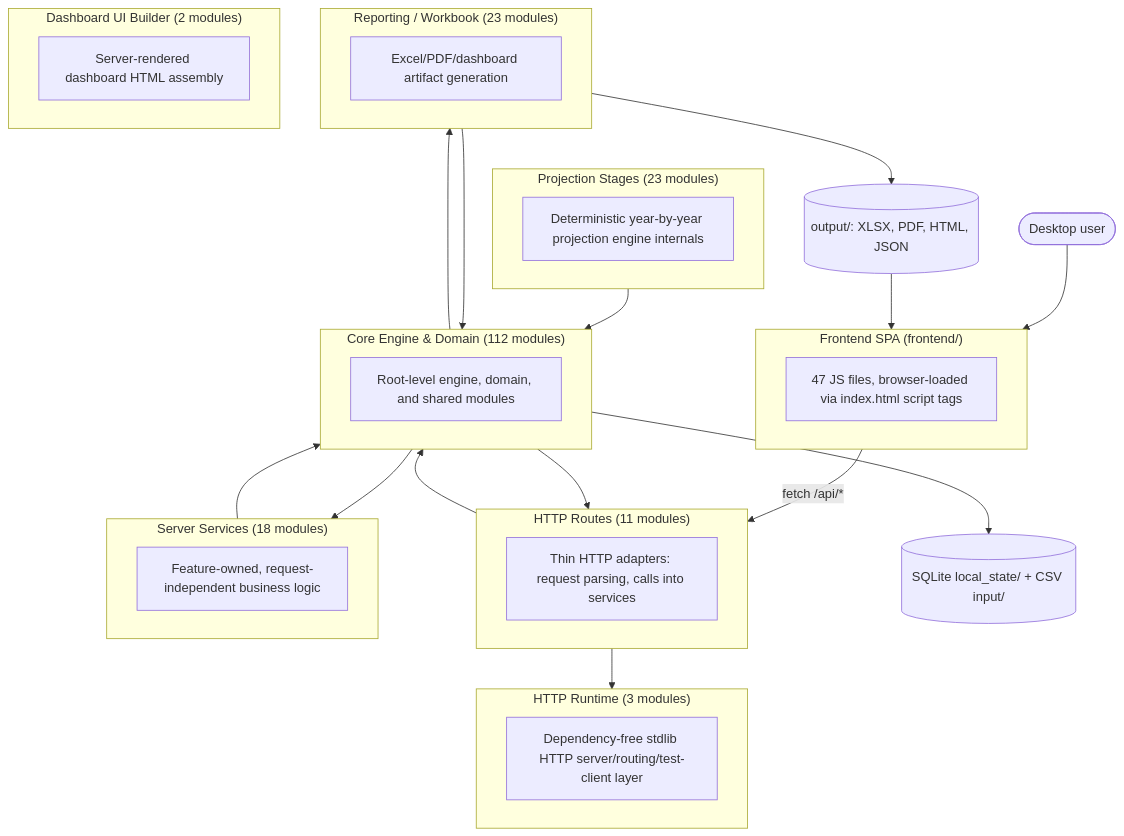
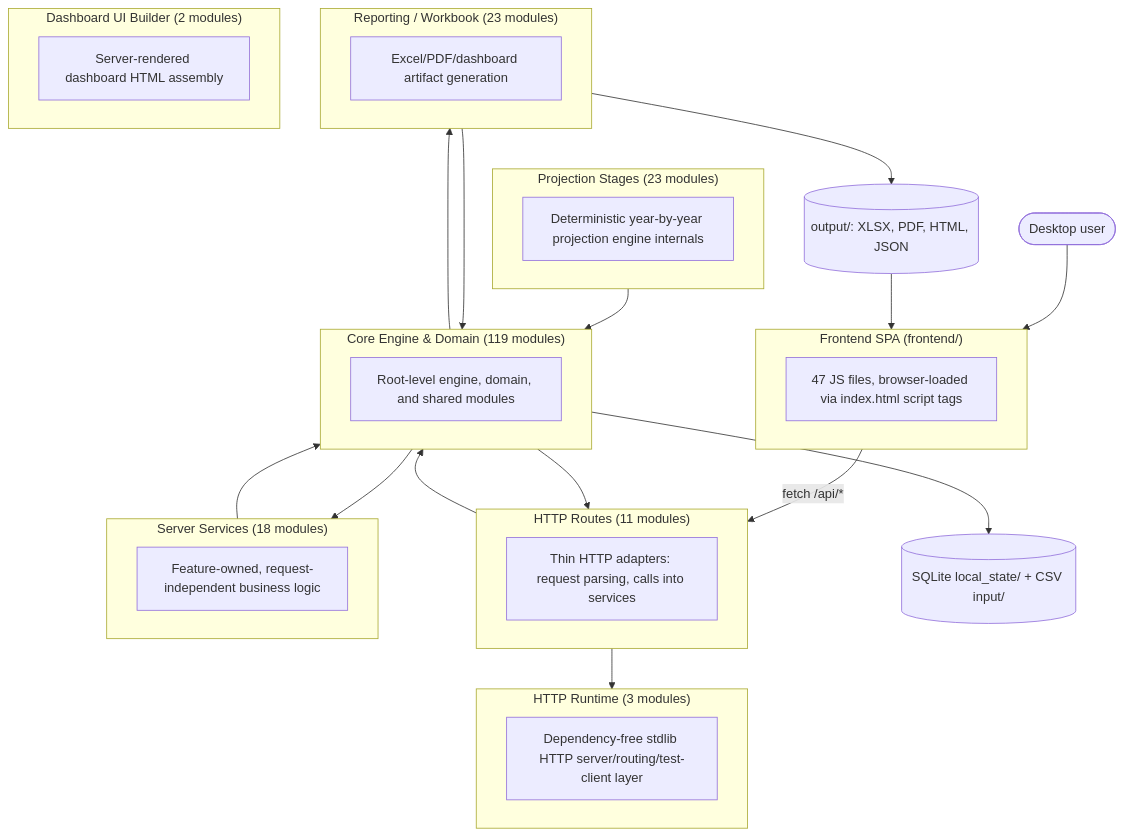
The first of 2 diagrams in documentation/reference/SYSTEM_ARCHITECTURE_DIAGRAM.md (matthartzman/retirement_system), drawn with Mermaid before and after one commit. The commit also changed other lines of this file, not shown here.

First line of the commit message:
WP2: regenerate system architecture diagram for src/stores

````diff
--- a/documentation/reference/SYSTEM_ARCHITECTURE_DIAGRAM.md
+++ b/documentation/reference/SYSTEM_ARCHITECTURE_DIAGRAM.md
@@ -11,40 +11,40 @@
 ```mermaid
 flowchart TB
     User(["Desktop user"]) --> FE
     subgraph FE["Frontend SPA (frontend/)"]
         FEcount["47 JS files, browser-loaded via index.html script tags"]
     end
     FE -->|fetch /api/*| L_HTTP_Routes
     subgraph L_HTTP_Routes["HTTP Routes (11 modules)"]
         L_HTTP_Routes_d["Thin HTTP adapters: request parsing, calls into services"]
     end
     subgraph L_Server_Services["Server Services (18 modules)"]
         L_Server_Services_d["Feature-owned, request-independent business logic"]
     end
     subgraph L_HTTP_Runtime["HTTP Runtime (3 modules)"]
         L_HTTP_Runtime_d["Dependency-free stdlib HTTP server/routing/test-client layer"]
     end
-    subgraph L_Core_Engine___Domain["Core Engine & Domain (112 modules)"]
+    subgraph L_Core_Engine___Domain["Core Engine & Domain (119 modules)"]
         L_Core_Engine___Domain_d["Root-level engine, domain, and shared modules"]
     end
     subgraph L_Projection_Stages["Projection Stages (23 modules)"]
         L_Projection_Stages_d["Deterministic year-by-year projection engine internals"]
     end
     subgraph L_Reporting___Workbook["Reporting / Workbook (23 modules)"]
         L_Reporting___Workbook_d["Excel/PDF/dashboard artifact generation"]
     end
     subgraph L_Dashboard_UI_Builder["Dashboard UI Builder (2 modules)"]
         L_Dashboard_UI_Builder_d["Server-rendered dashboard HTML assembly"]
     end
     L_Core_Engine___Domain --> L_HTTP_Routes
     L_Core_Engine___Domain --> L_Reporting___Workbook
     L_Core_Engine___Domain --> L_Server_Services
     L_HTTP_Routes --> L_Core_Engine___Domain
     L_HTTP_Routes --> L_HTTP_Runtime
     L_Projection_Stages --> L_Core_Engine___Domain
     L_Reporting___Workbook --> L_Core_Engine___Domain
     L_Server_Services --> L_Core_Engine___Domain
     L_Core_Engine___Domain --> DB[("SQLite local_state/ + CSV input/")]
     L_Reporting___Workbook --> Outputs[("output/: XLSX, PDF, HTML, JSON")]
     Outputs --> FE
 ```
````
